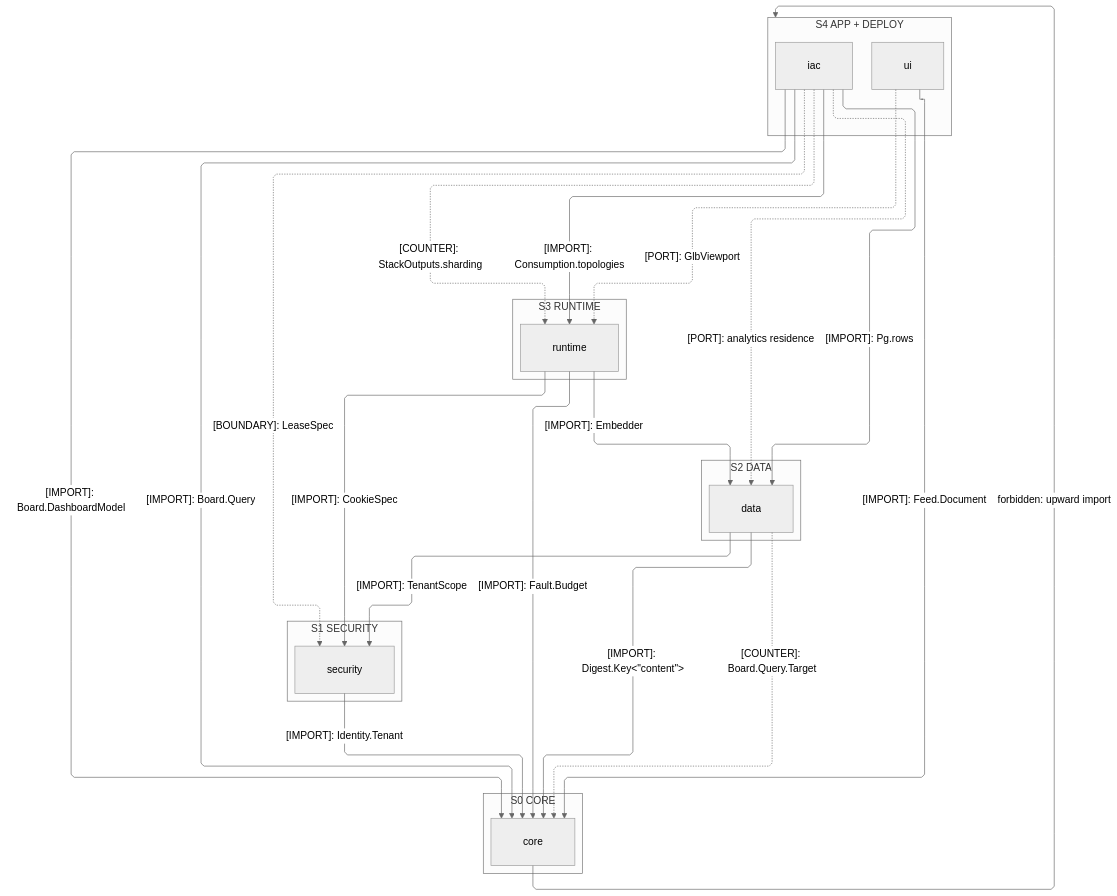
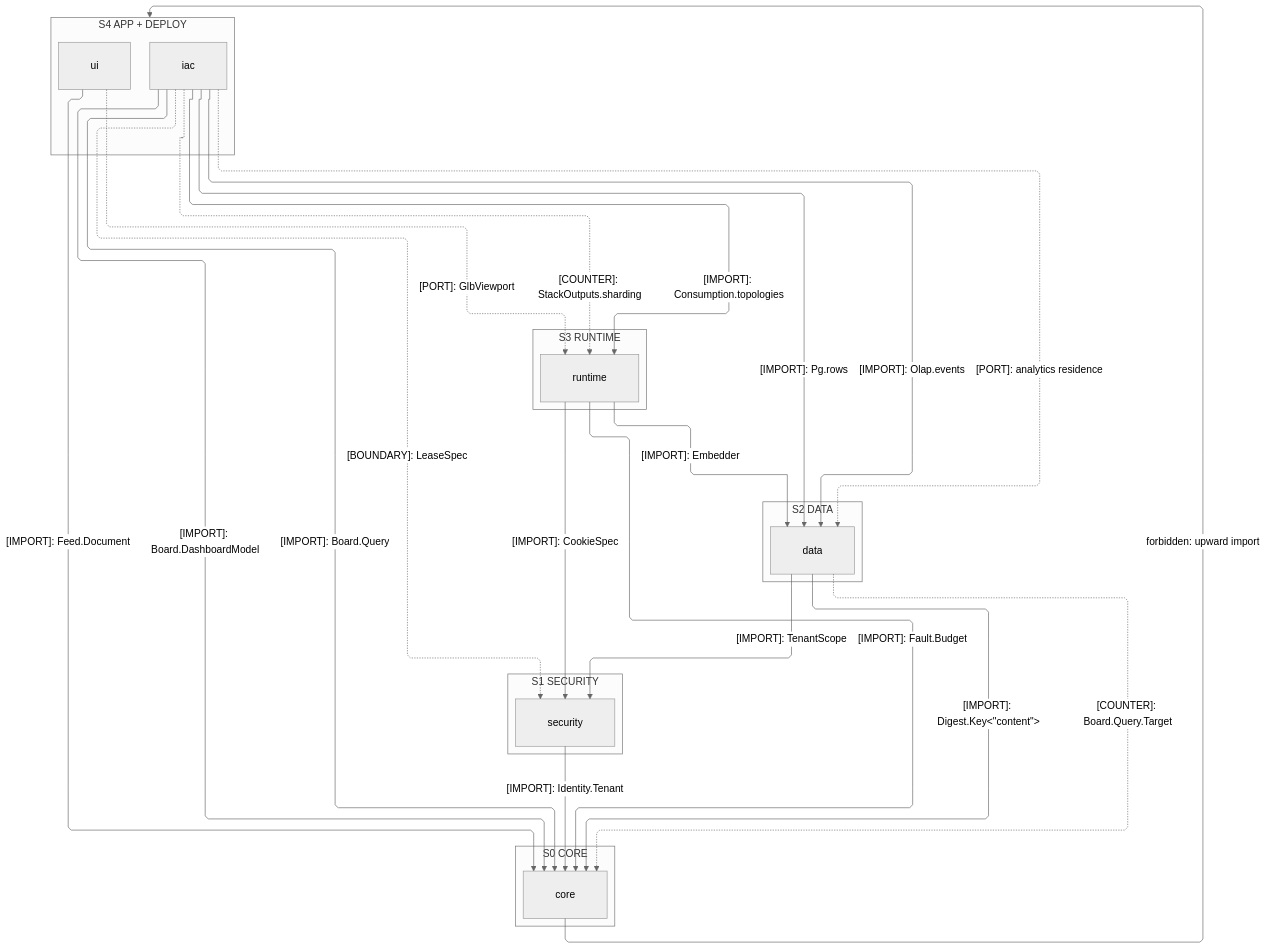
Before and after one commit to bsamiee/Rasm: the first of 4 diagrams in libs/typescript/.planning/ARCHITECTURE.md, drawn with Mermaid (neutral theme). The commit also changed other lines of this file and 272 other files, not shown here.

````diff
--- a/libs/typescript/.planning/ARCHITECTURE.md
+++ b/libs/typescript/.planning/ARCHITECTURE.md
@@ -28,45 +28,46 @@
 ```mermaid
 ---
 config:
   layout: elk
   flowchart:
     curve: linear
     padding: 25
 ---
 flowchart TB
     accTitle: TypeScript branch import strata
     accDescr: Import strata toward the core floor; dashed edges carry ports and counter-edge values rather than imports.
     subgraph S4["S4 APP + DEPLOY"]
         Ui[ui]
         Iac[iac]
     end
     subgraph S3["S3 RUNTIME"]
         Runtime[runtime]
     end
     subgraph S2["S2 DATA"]
         Data[data]
     end
     subgraph S1["S1 SECURITY"]
         Security[security]
     end
     subgraph S0["S0 CORE"]
         Core[core]
     end
     Ui e1@-->|"[IMPORT]: Feed.Document"| Core
     Ui e2@-.->|"[PORT]: GlbViewport"| Runtime
     Iac e3@-->|"[IMPORT]: Board.DashboardModel"| Core
     Iac e4@-->|"[IMPORT]: Board.Query"| Core
     Iac e5@-->|"[IMPORT]: Pg.rows"| Data
+    Iac e17@-->|"[IMPORT]: Olap.events"| Data
     Iac e6@-->|"[IMPORT]: Consumption.topologies"| Runtime
     Iac e7@-.->|"[BOUNDARY]: LeaseSpec"| Security
     Iac e8@-.->|"[COUNTER]: StackOutputs.sharding"| Runtime
     Iac e9@-.->|"[PORT]: analytics residence"| Data
     Runtime e10@-->|"[IMPORT]: Fault.Budget"| Core
     Runtime e11@-->|"[IMPORT]: CookieSpec"| Security
     Runtime e12@-->|"[IMPORT]: Embedder"| Data
     Data e13@-->|"[IMPORT]: Digest.Key&lt;&quot;content&quot;&gt;"| Core
     Data e14@-->|"[IMPORT]: TenantScope"| Security
     Data e15@-.->|"[COUNTER]: Board.Query.Target"| Core
     Security e16@-->|"[IMPORT]: Identity.Tenant"| Core
     Core f1@-->|"forbidden: upward import"| S4
 ```
````
